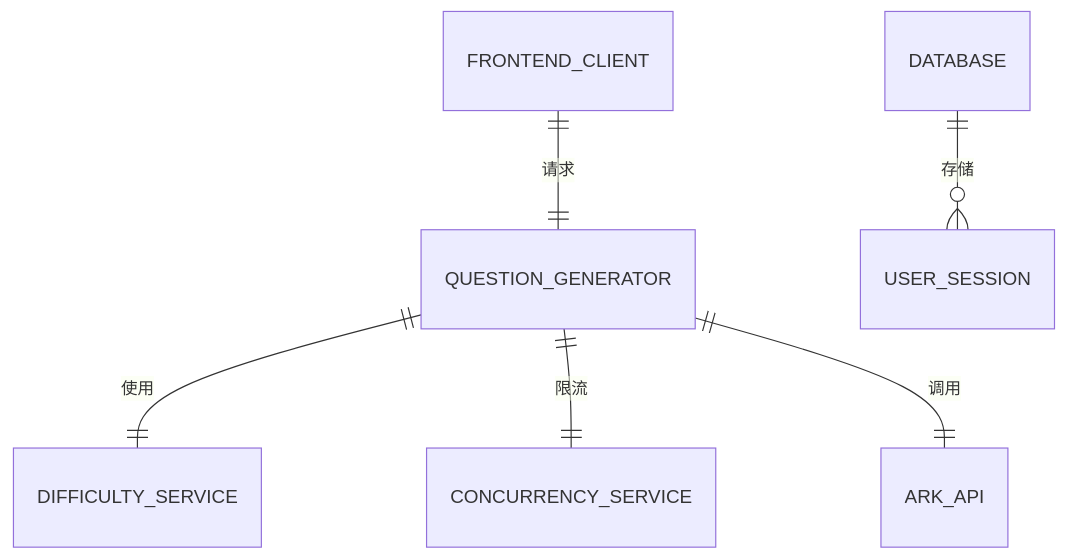
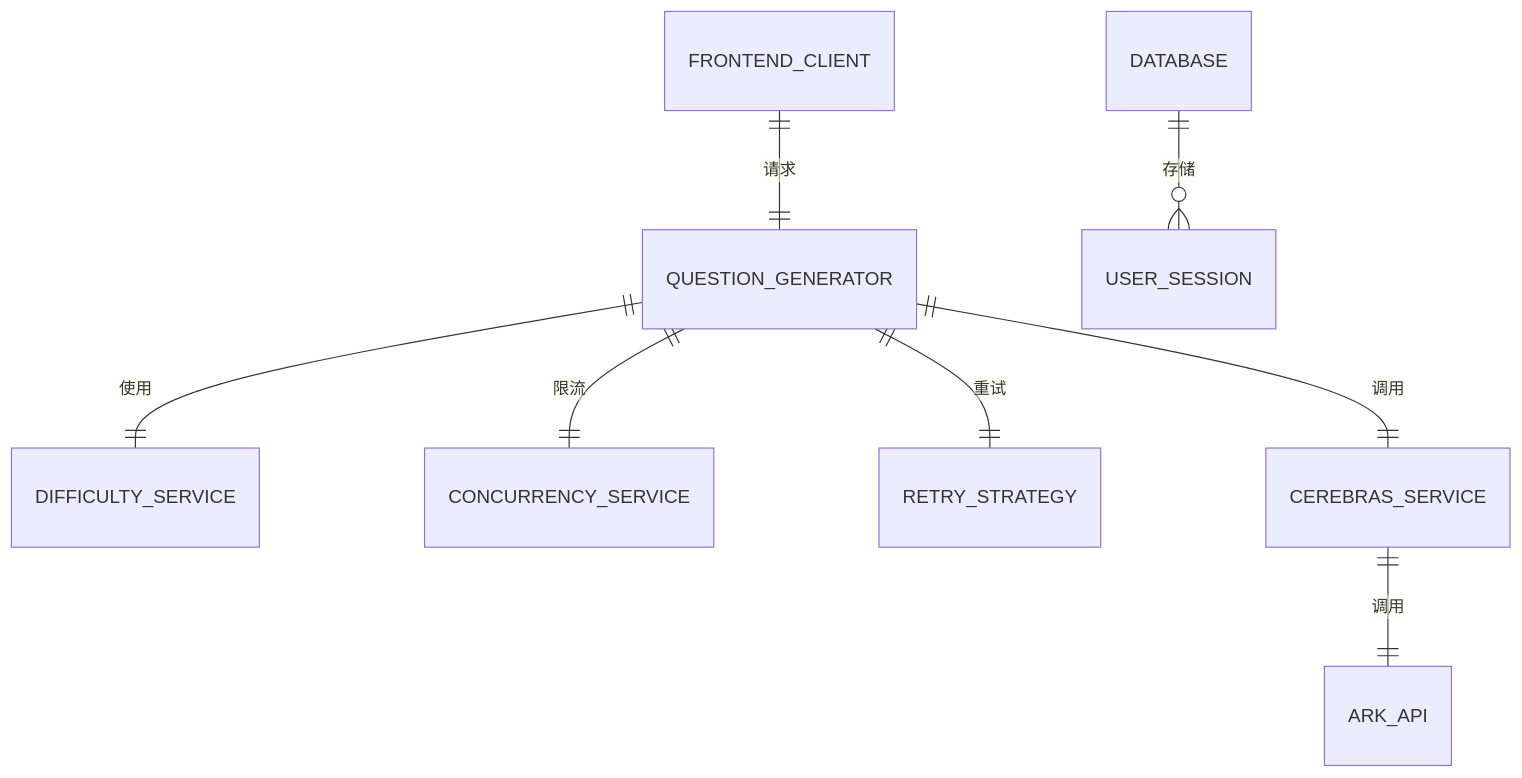
The seventh of 8 diagrams in .qoder/repowiki/zh/content/后端API接口/AI内容生成API/问题生成API.md (arthurlee116/english-listening-trainer), drawn with Mermaid before and after one commit. The commit also changed other lines of this file and 58 other files, not shown here.

````diff
--- a/.qoder/repowiki/zh/content/后端API接口/AI内容生成API/问题生成API.md
+++ b/.qoder/repowiki/zh/content/后端API接口/AI内容生成API/问题生成API.md
@@ -162,8 +201,10 @@
 ```mermaid
 erDiagram
 QUESTION_GENERATOR ||--|| DIFFICULTY_SERVICE : 使用
 QUESTION_GENERATOR ||--|| CONCURRENCY_SERVICE : 限流
-QUESTION_GENERATOR ||--|| ARK_API : 调用
+QUESTION_GENERATOR ||--|| RETRY_STRATEGY : 重试
+QUESTION_GENERATOR ||--|| CEREBRAS_SERVICE : 调用
+CEREBRAS_SERVICE ||--|| ARK_API : 调用
 FRONTEND_CLIENT ||--|| QUESTION_GENERATOR : 请求
 DATABASE ||--o{ USER_SESSION : 存储
 ```
````
